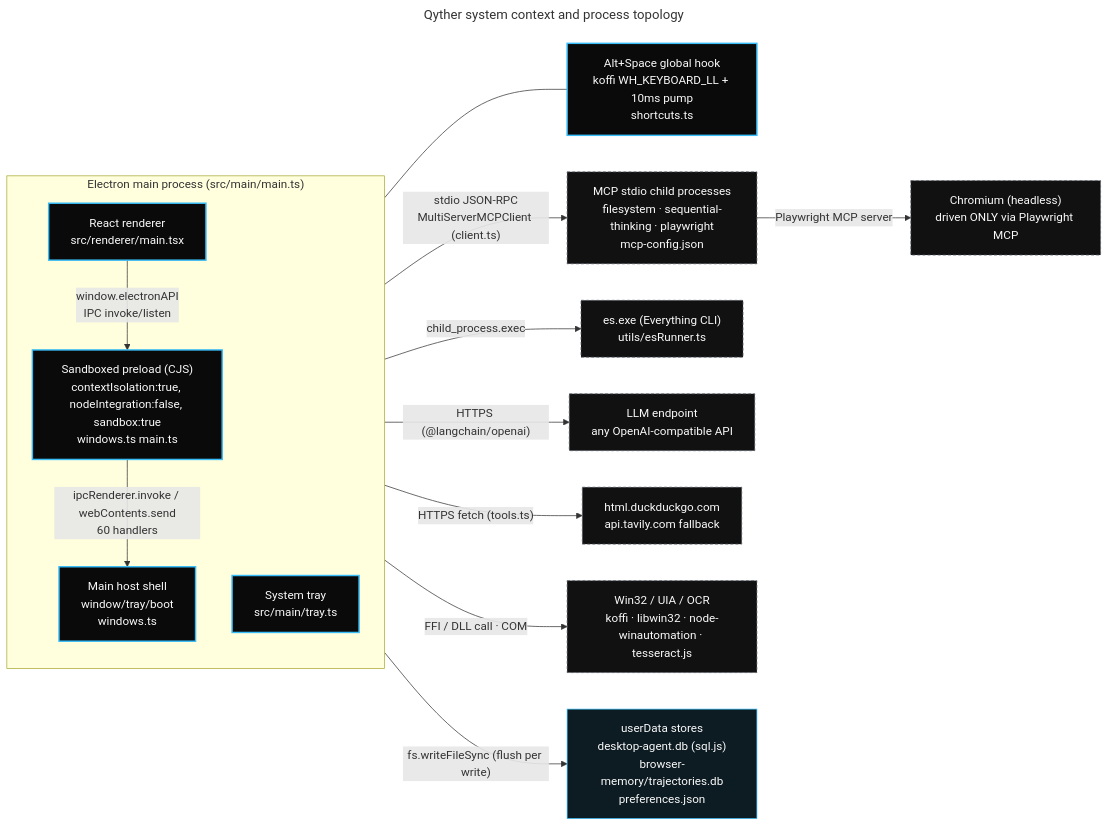
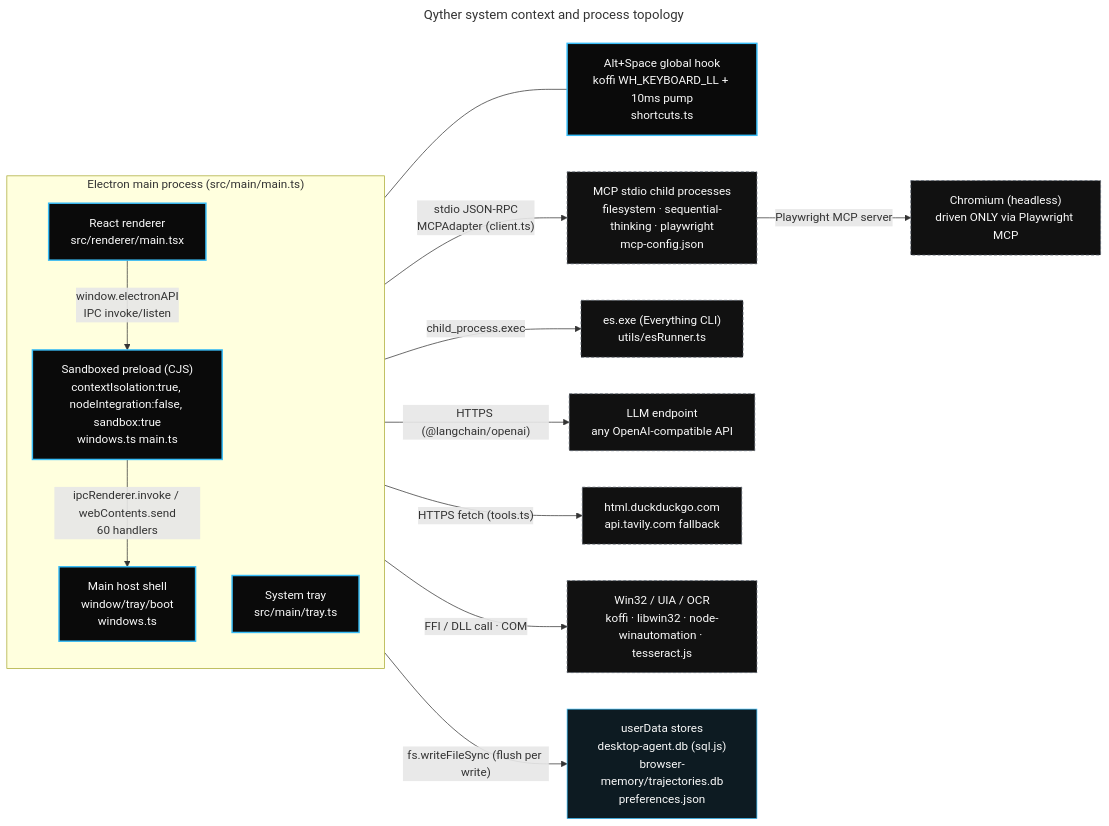
The diagram in docs/diagrams/system-context.mmd (Launchero/Qyther), drawn with Mermaid before and after one commit. The commit also changed 14 other files, not shown here.

Commit message:
docs(diagrams): refresh architecture diagrams and regenerated screenshots

```diff
--- a/docs/diagrams/system-context.mmd
+++ b/docs/diagrams/system-context.mmd
@@ -1,37 +1,37 @@
 ---
 title: Qyther system context and process topology
 ---
 %%{accTitle: "Qyther system context: Electron main, sandboxed preload, React renderer, tray, and external boundaries (MCP stdio children, Playwright-driven Chromium, es.exe, LLM endpoint, web search, userData stores, Win32/UIA)"}%%
 flowchart LR
   classDef proc fill:#0a0a0a,stroke:#38bdf8,stroke-width:2px,color:#fafafa;
   classDef ext fill:#111111,stroke:#5b6470,stroke-width:1px,color:#fafafa,stroke-dasharray:4 3;
   classDef store fill:#0d1b22,stroke:#38bdf8,color:#fafafa;
 
   subgraph MAIN["Electron main process (src/main/main.ts)"]
     direction TB
     M["Main host shell<br/>window/tray/boot<br/>windows.ts"]:::proc
     P["Sandboxed preload (CJS)<br/>contextIsolation:true, nodeIntegration:false, sandbox:true<br/>windows.ts main.ts"]:::proc
     R["React renderer<br/>src/renderer/main.tsx"]:::proc
     T["System tray<br/>src/main/tray.ts"]:::proc
     R -- "window.electronAPI<br/>IPC invoke/listen" --> P
     P -- "ipcRenderer.invoke / webContents.send<br/>60 handlers" --> M
   end
 
   G["Alt+Space global hook<br/>koffi WH_KEYBOARD_LL + 10ms pump<br/>shortcuts.ts"]:::proc
   M --- G
 
   MCP["MCP stdio child processes<br/>filesystem · sequential-thinking · playwright<br/>mcp-config.json"]:::ext
   CH["Chromium (headless)<br/>driven ONLY via Playwright MCP"]:::ext
   ES["es.exe (Everything CLI)<br/>utils/esRunner.ts"]:::ext
   LLM["LLM endpoint<br/>any OpenAI-compatible API"]:::ext
   WEB["html.duckduckgo.com<br/>api.tavily.com fallback"]:::ext
   OS["Win32 / UIA / OCR<br/>koffi · libwin32 · node-winautomation · tesseract.js"]:::ext
   DB["userData stores<br/>desktop-agent.db (sql.js)<br/>browser-memory/trajectories.db<br/>preferences.json"]:::store
 
-  M -- "stdio JSON-RPC<br/>MultiServerMCPClient (client.ts)" --> MCP
+  M -- "stdio JSON-RPC<br/>MCPAdapter (client.ts)" --> MCP
   MCP -- "Playwright MCP server" --> CH
   M -- "child_process.exec" --> ES
   M -- "HTTPS (@langchain/openai)" --> LLM
   M -- "HTTPS fetch (tools.ts)" --> WEB
   M -- "FFI / DLL call · COM" --> OS
   M -- "fs.writeFileSync (flush per write)" --> DB
```
